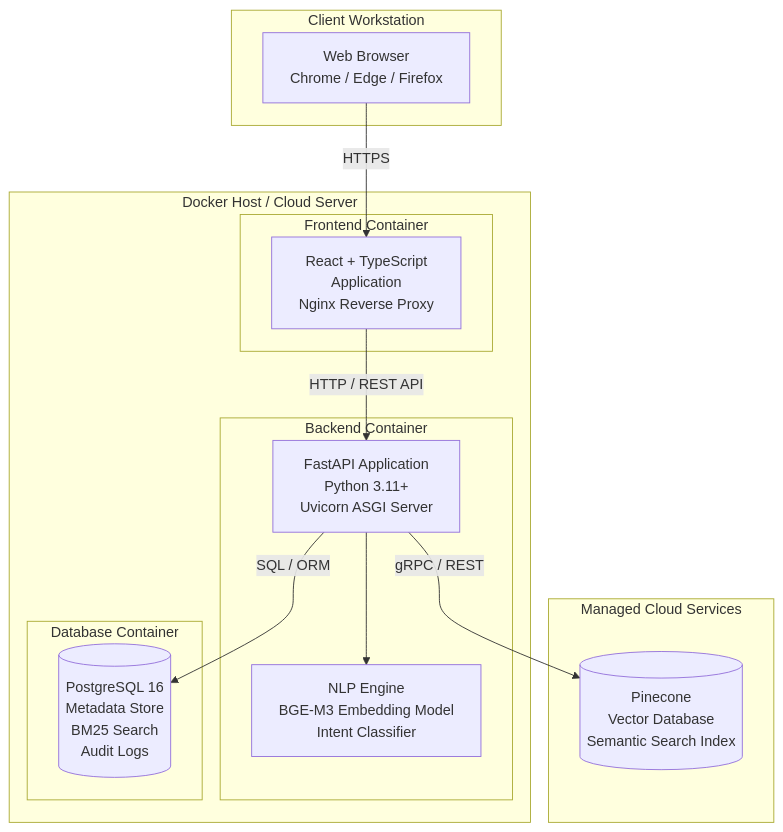
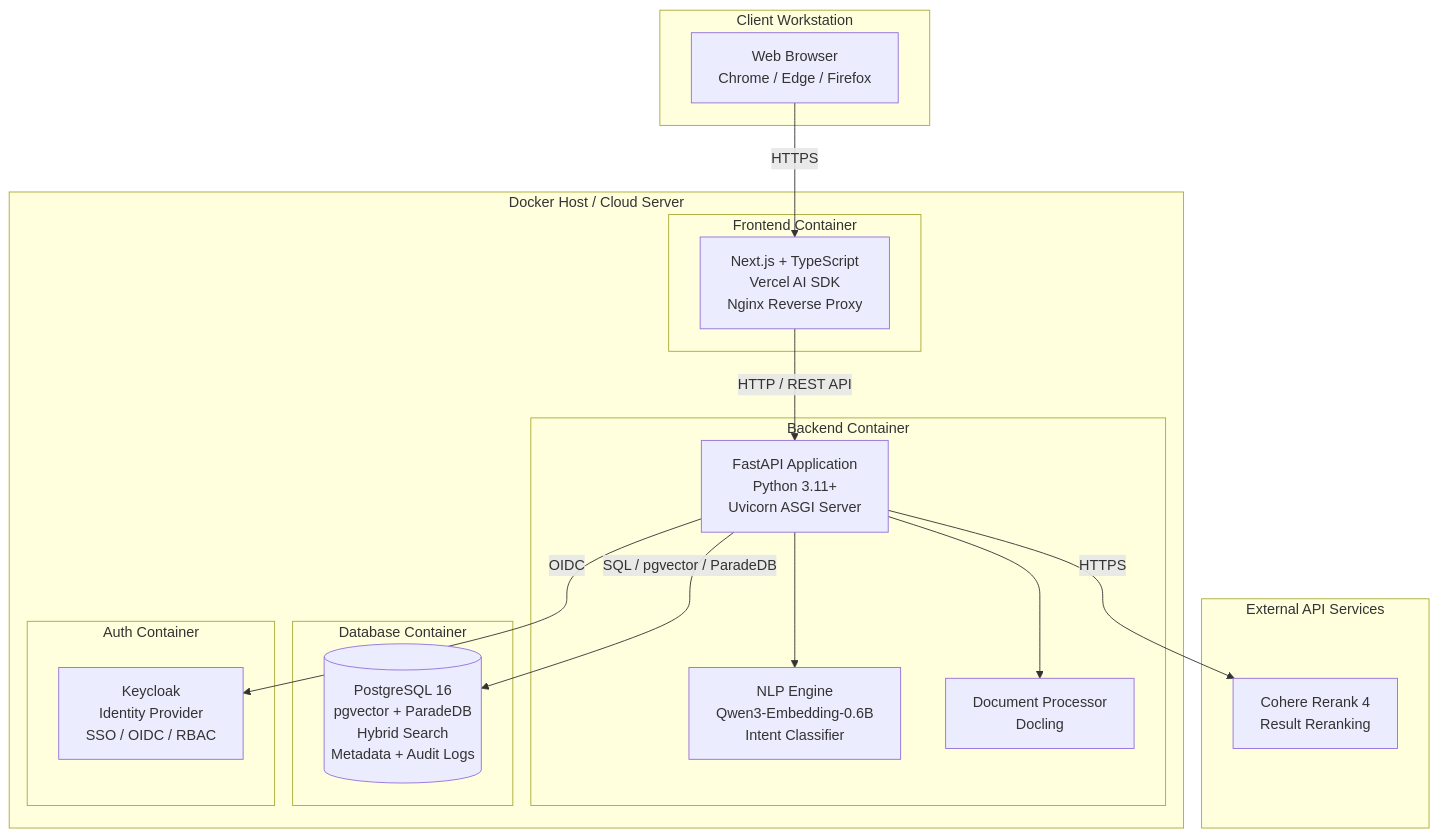
The diagram in software-engineering/diagrams/deployment.mmd (FlyM1ss/capstone-project), drawn with Mermaid before and after one commit. The commit also changed 14 other files, not shown here.

```diff
--- a/software-engineering/diagrams/deployment.mmd
+++ b/software-engineering/diagrams/deployment.mmd
@@ -1,29 +1,36 @@
 graph TB
     subgraph Client Workstation
         Browser[Web Browser<br/>Chrome / Edge / Firefox]
     end
 
     subgraph Docker Host / Cloud Server
         subgraph Frontend Container
-            ReactApp[React + TypeScript<br/>Application<br/>Nginx Reverse Proxy]
+            NextApp[Next.js + TypeScript<br/>Vercel AI SDK<br/>Nginx Reverse Proxy]
         end
 
         subgraph Backend Container
             FastAPI[FastAPI Application<br/>Python 3.11+<br/>Uvicorn ASGI Server]
-            NLP[NLP Engine<br/>BGE-M3 Embedding Model<br/>Intent Classifier]
+            NLP[NLP Engine<br/>Qwen3-Embedding-0.6B<br/>Intent Classifier]
+            DocProc[Document Processor<br/>Docling]
         end
 
         subgraph Database Container
-            PG[(PostgreSQL 16<br/>Metadata Store<br/>BM25 Search<br/>Audit Logs)]
+            PG[(PostgreSQL 16<br/>pgvector + ParadeDB<br/>Hybrid Search<br/>Metadata + Audit Logs)]
+        end
+
+        subgraph Auth Container
+            Keycloak[Keycloak<br/>Identity Provider<br/>SSO / OIDC / RBAC]
         end
     end
 
-    subgraph Managed Cloud Services
-        Pinecone[(Pinecone<br/>Vector Database<br/>Semantic Search Index)]
+    subgraph External API Services
+        CohereRerank[Cohere Rerank 4<br/>Result Reranking]
     end
 
-    Browser -->|HTTPS| ReactApp
-    ReactApp -->|HTTP / REST API| FastAPI
-    FastAPI -->|SQL / ORM| PG
-    FastAPI -->|gRPC / REST| Pinecone
+    Browser -->|HTTPS| NextApp
+    NextApp -->|HTTP / REST API| FastAPI
+    FastAPI -->|SQL / pgvector / ParadeDB| PG
+    FastAPI -->|HTTPS| CohereRerank
     FastAPI --> NLP
+    FastAPI --> DocProc
+    FastAPI -->|OIDC| Keycloak
```
